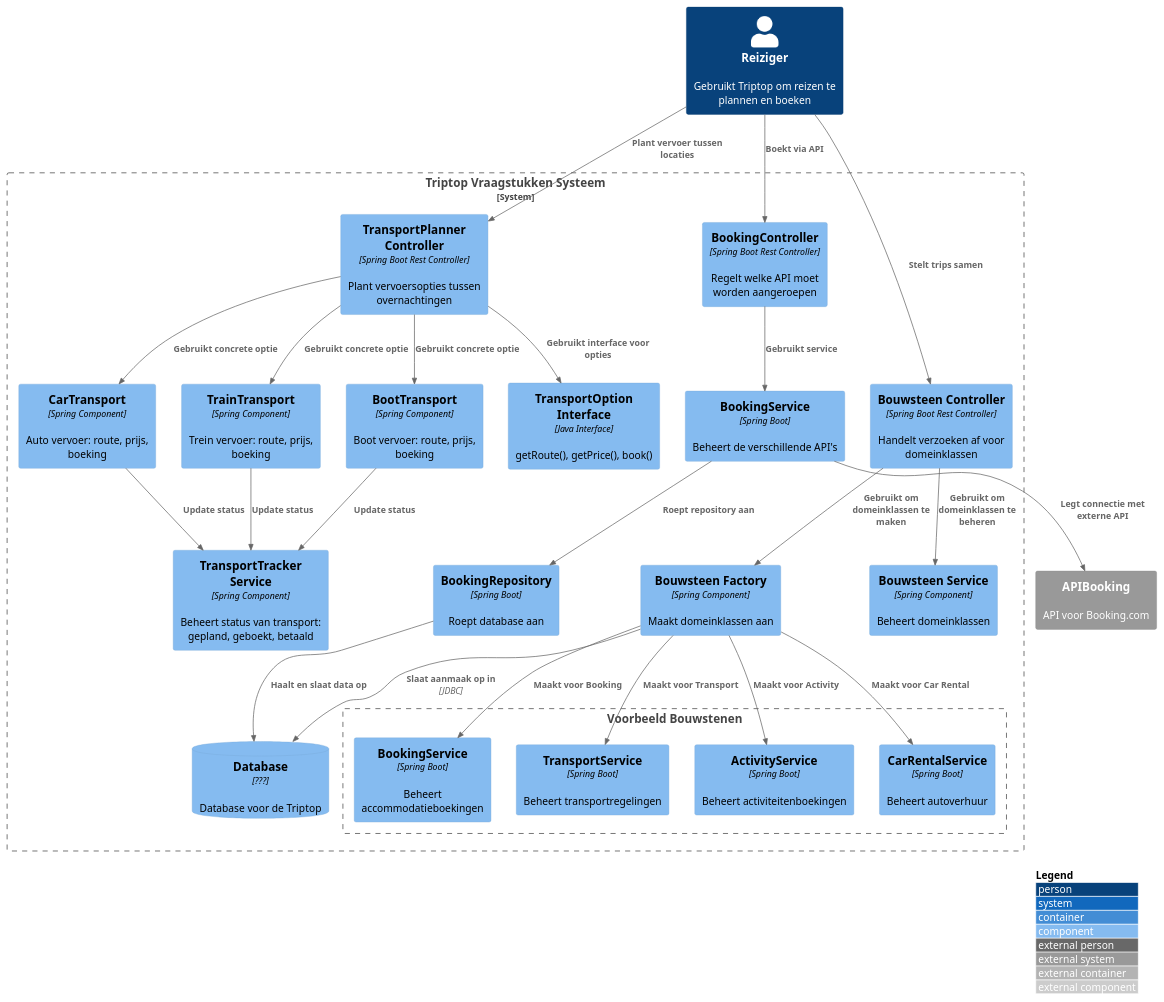
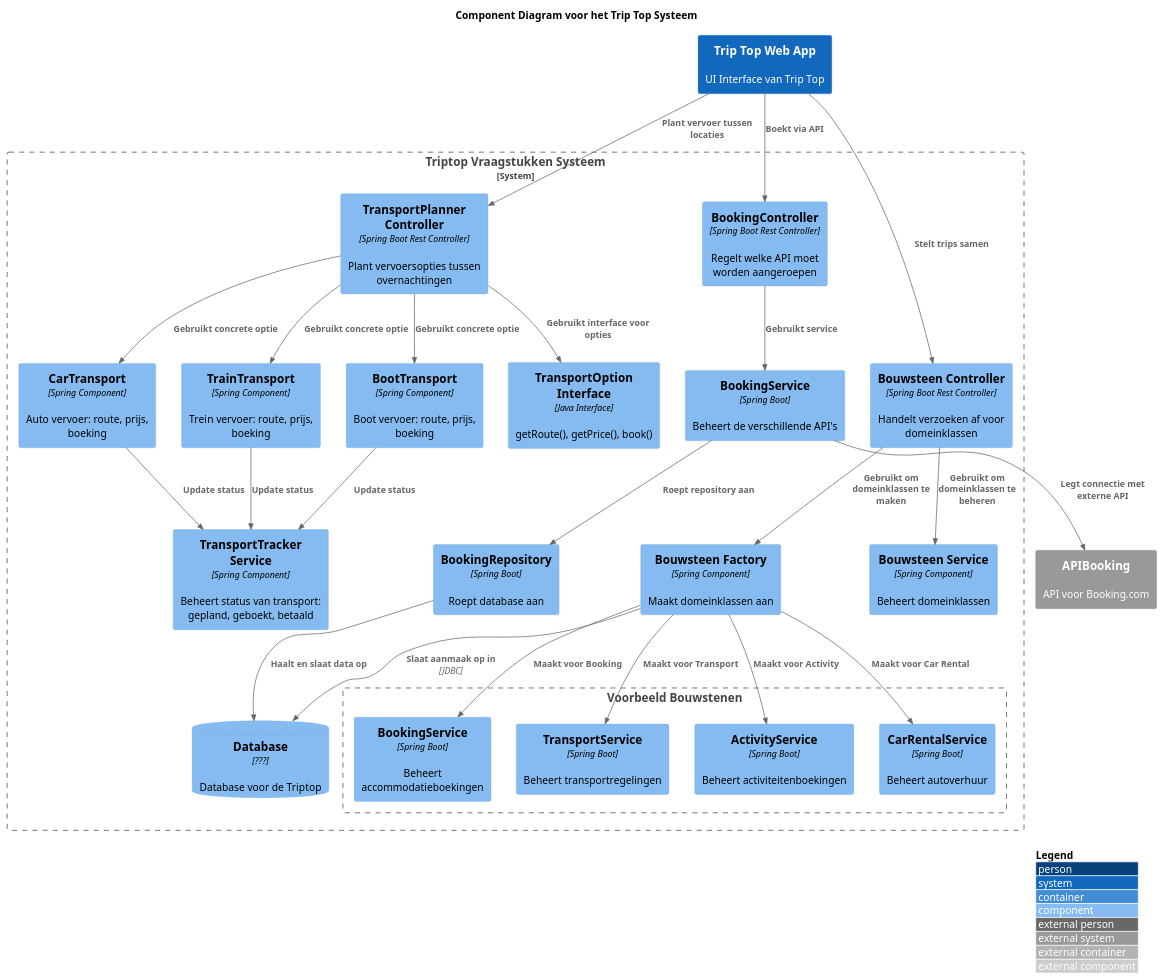
One commit to AIM-ENE-feb25/triptop-sqr-tech changed the diagram in Presentatie W2/ComponentDiagrams/SamengevoegdeComponentDiagram.puml. Above: the diagram before and after it, drawn with PlantUML. The commit also changed 1 other file, not shown here.

Commit message:
Laatste update was dit voor presentatie w2

```diff
--- a/Presentatie W2/ComponentDiagrams/SamengevoegdeComponentDiagram.puml
+++ b/Presentatie W2/ComponentDiagrams/SamengevoegdeComponentDiagram.puml
@@ -1,61 +1,63 @@
 @startuml
 !include https://raw.githubusercontent.com/plantuml-stdlib/C4-PlantUML/master/C4_Component.puml
 LAYOUT_WITH_LEGEND()
 
-Person(reiziger, "Reiziger", "Gebruikt Triptop om reizen te plannen en boeken")
+title Component Diagram voor het Trip Top Systeem
+
+System(tts, "Trip Top Web App", "UI Interface van Trip Top")
 
 System_Boundary(triptop, "Triptop Vraagstukken Systeem") {
 
   Component(boeking_controller, "BookingController", "Spring Boot Rest Controller", "Regelt welke API moet worden aangeroepen")
   Component(bouwsteen_controller, "Bouwsteen Controller", "Spring Boot Rest Controller", "Handelt verzoeken af voor domeinklassen")
   Component(transport_controller, "TransportPlanner Controller", "Spring Boot Rest Controller", "Plant vervoersopties tussen overnachtingen")
 
   Component(boeking_service, "BookingService", "Spring Boot", "Beheert de verschillende API's")
   Component(bouwsteen_service, "Bouwsteen Service", "Spring Component", "Beheert domeinklassen")
   Component(boeking_repo, "BookingRepository", "Spring Boot", "Roept database aan")
   Component(factory, "Bouwsteen Factory", "Spring Component", "Maakt domeinklassen aan")
 
   Component(transport_tracker, "TransportTracker Service", "Spring Component", "Beheert status van transport: gepland, geboekt, betaald")
 
   Component(car_transport, "CarTransport", "Spring Component", "Auto vervoer: route, prijs, boeking")
   Component(train_transport, "TrainTransport", "Spring Component", "Trein vervoer: route, prijs, boeking")
   Component(boat_transport, "BootTransport", "Spring Component", "Boot vervoer: route, prijs, boeking")
   Component(transport_interface, "TransportOption Interface", "Java Interface", "getRoute(), getPrice(), book()")
 
 Boundary(bouwstenen, "Voorbeeld Bouwstenen") {
   Component(bs_booking, "BookingService", "Spring Boot", "Beheert accommodatieboekingen")
   Component(bs_transport, "TransportService", "Spring Boot", "Beheert transportregelingen")
   Component(bs_activity, "ActivityService", "Spring Boot", "Beheert activiteitenboekingen")
   Component(bs_car_rental, "CarRentalService", "Spring Boot", "Beheert autoverhuur")
 }
   ComponentDb(db, "Database", "???", "Database voor de Triptop")
 }
 
   System_Ext(api_booking, "APIBooking", "API voor Booking.com")
 
-Rel(reiziger, boeking_controller, "Boekt via API")
-Rel(reiziger, bouwsteen_controller, "Stelt trips samen")
-Rel(reiziger, transport_controller, "Plant vervoer tussen locaties")
+Rel(tts, boeking_controller, "Boekt via API")
+Rel(tts, bouwsteen_controller, "Stelt trips samen")
+Rel(tts, transport_controller, "Plant vervoer tussen locaties")
 
 Rel(boeking_controller, boeking_service, "Gebruikt service")
 Rel(boeking_service, boeking_repo, "Roept repository aan")
 Rel(boeking_repo, db, "Haalt en slaat data op")
 Rel(boeking_service, api_booking, "Legt connectie met externe API")
 
 Rel(bouwsteen_controller, factory, "Gebruikt om domeinklassen te maken")
 Rel(bouwsteen_controller, bouwsteen_service, "Gebruikt om domeinklassen te beheren")
 Rel(factory, db, "Slaat aanmaak op in", "JDBC")
 Rel(factory, bs_booking, "Maakt voor Booking")
 Rel(factory, bs_transport, "Maakt voor Transport")
 Rel(factory, bs_activity, "Maakt voor Activity")
 Rel(factory, bs_car_rental, "Maakt voor Car Rental")
 
 Rel(transport_controller, transport_interface, "Gebruikt interface voor opties")
 Rel(transport_controller, car_transport, "Gebruikt concrete optie")
 Rel(transport_controller, train_transport, "Gebruikt concrete optie")
 Rel(transport_controller, boat_transport, "Gebruikt concrete optie")
 Rel(car_transport, transport_tracker, "Update status")
 Rel(train_transport, transport_tracker, "Update status")
 Rel(boat_transport, transport_tracker, "Update status")
 
 @enduml
```
